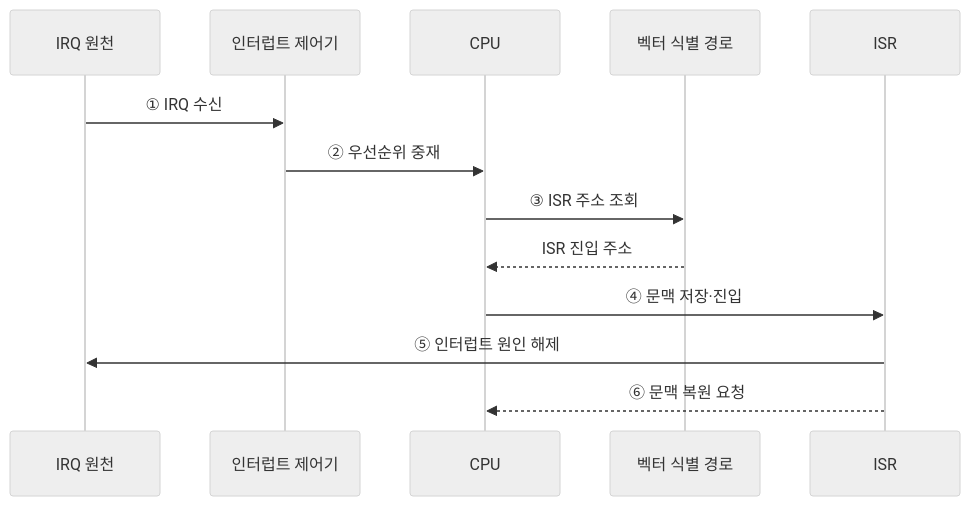
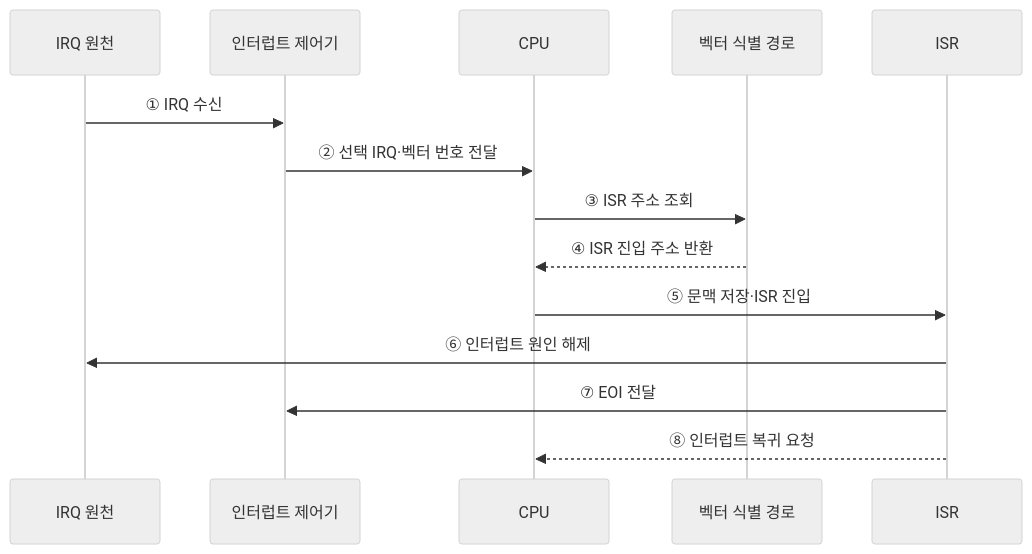
The second of 2 diagrams in src/content/docs/notes/02-hardware/034_interrupt_handling.md (agnusdei1207/knowledge-base), drawn with Mermaid (neutral theme) before and after one commit. The commit also changed other lines of this file and 20 other files, not shown here.

````diff
--- a/src/content/docs/notes/02-hardware/034_interrupt_handling.md
+++ b/src/content/docs/notes/02-hardware/034_interrupt_handling.md
@@ -84,15 +86,16 @@
 ```mermaid
 sequenceDiagram
     participant D as IRQ 원천
     participant C as 인터럽트 제어기
     participant P as CPU
     participant V as 벡터 식별 경로
     participant I as ISR
     D->>C: ① IRQ 수신
-    C->>P: ② 우선순위 중재
+    C->>P: ② 선택 IRQ·벡터 번호 전달
     P->>V: ③ ISR 주소 조회
-    V-->>P: ISR 진입 주소
-    P->>I: ④ 문맥 저장·진입
-    I->>D: ⑤ 인터럽트 원인 해제
-    I-->>P: ⑥ 문맥 복원 요청
+    V-->>P: ④ ISR 진입 주소 반환
+    P->>I: ⑤ 문맥 저장·ISR 진입
+    I->>D: ⑥ 인터럽트 원인 해제
+    I->>C: ⑦ EOI 전달
+    I-->>P: ⑧ 인터럽트 복귀 요청
 ```
````
